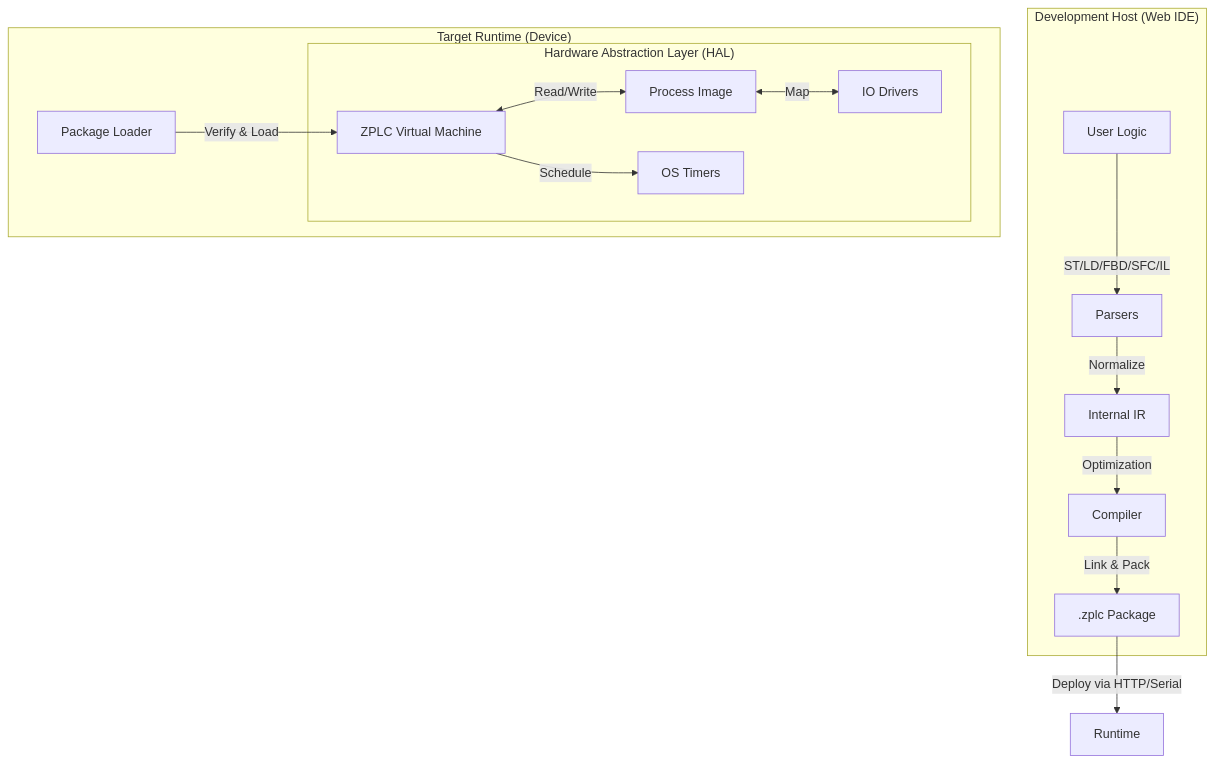
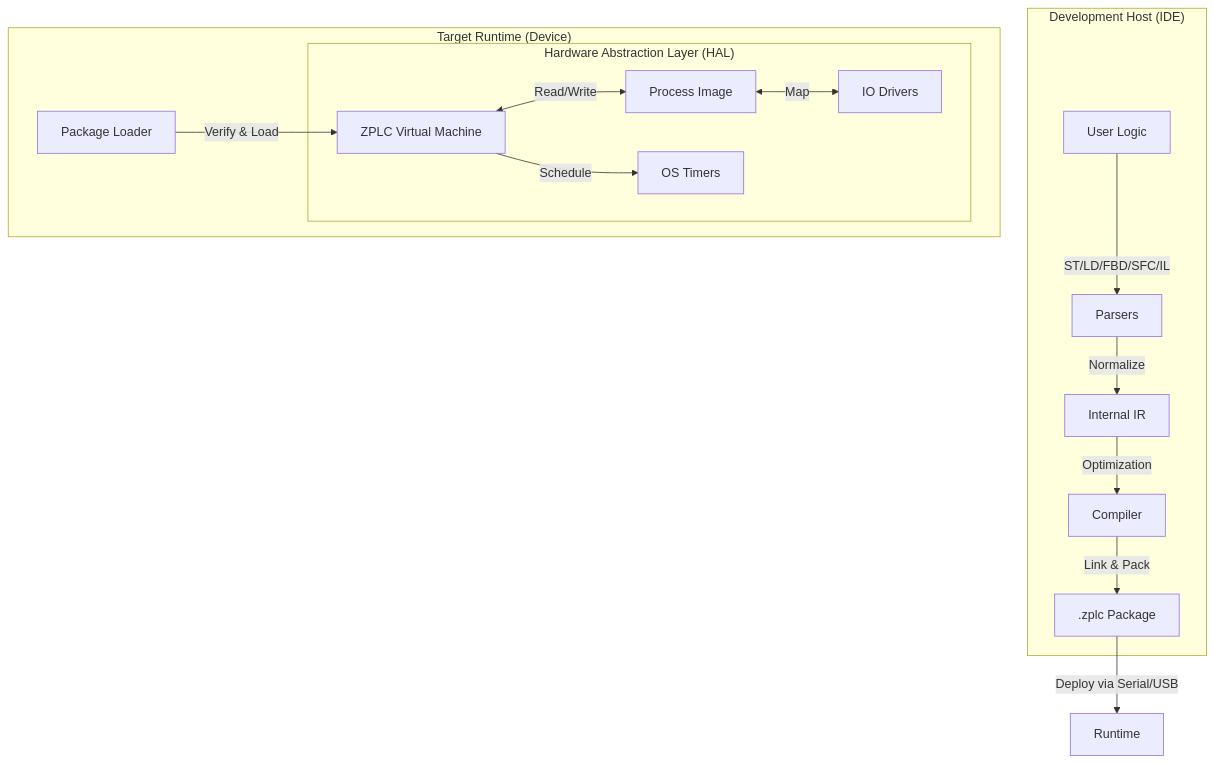
The first of 2 diagrams in docs/docs/runtime/intro.md (eduardojvieira/ZPLC), drawn with Mermaid before and after one commit. The commit also changed other lines of this file and 4 other files, not shown here.

````diff
--- a/docs/docs/runtime/intro.md
+++ b/docs/docs/runtime/intro.md
@@ -36,21 +37,21 @@
 ```mermaid
 graph TD
-    subgraph "Development Host (Web IDE)"
+    subgraph "Development Host (IDE)"
         User[User Logic] -->|ST/LD/FBD/SFC/IL| Parsers
         Parsers -->|Normalize| IEC_IR[Internal IR]
         IEC_IR -->|Optimization| Compiler
         Compiler -->|Link & Pack| ZPLC_Bin[.zplc Package]
     end
 
-    ZPLC_Bin -->|Deploy via HTTP/Serial| Runtime
+    ZPLC_Bin -->|Deploy via Serial/USB| Runtime
 
     subgraph "Target Runtime (Device)"
         Loader[Package Loader] -->|Verify & Load| VM[ZPLC Virtual Machine]
         VM <-->|Read/Write| ProcessImg[Process Image]
         
         subgraph "Hardware Abstraction Layer (HAL)"
             ProcessImg <-->|Map| Drivers[IO Drivers]
             VM -->|Schedule| Timers[OS Timers]
         end
     end
 ```
````
